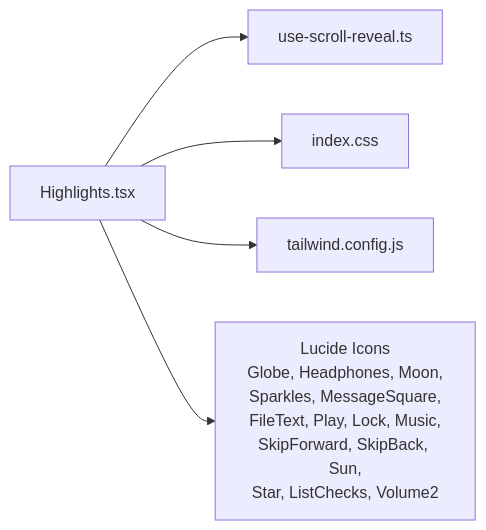
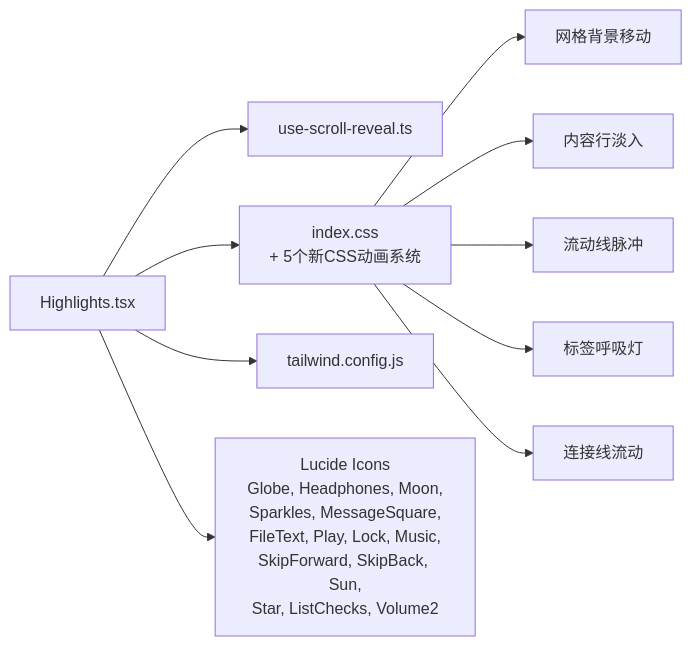
The fifth of 5 diagrams in .qoder/repowiki/zh/content/架构设计/组件架构/页面组件/Highlights组件.md (Primoguo/naolizhi.cn), drawn with Mermaid before and after one commit. The commit also changed other lines of this file and 19 other files, not shown here.

````diff
--- a/.qoder/repowiki/zh/content/架构设计/组件架构/页面组件/Highlights组件.md
+++ b/.qoder/repowiki/zh/content/架构设计/组件架构/页面组件/Highlights组件.md
@@ -299,7 +354,12 @@
 ```mermaid
 graph LR
 H["Highlights.tsx"] --> R["use-scroll-reveal.ts"]
-H --> S["index.css"]
+H --> S["index.css<br/>+ 5个新CSS动画系统"]
 H --> T["tailwind.config.js"]
 H --> L["Lucide Icons<br/>Globe, Headphones, Moon,<br/>Sparkles, MessageSquare,<br/>FileText, Play, Lock, Music,<br/>SkipForward, SkipBack, Sun,<br/>Star, ListChecks, Volume2"]
+S --> A1["网格背景移动"]
+S --> A2["内容行淡入"]
+S --> A3["流动线脉冲"]
+S --> A4["标签呼吸灯"]
+S --> A5["连接线流动"]
 ```
````
